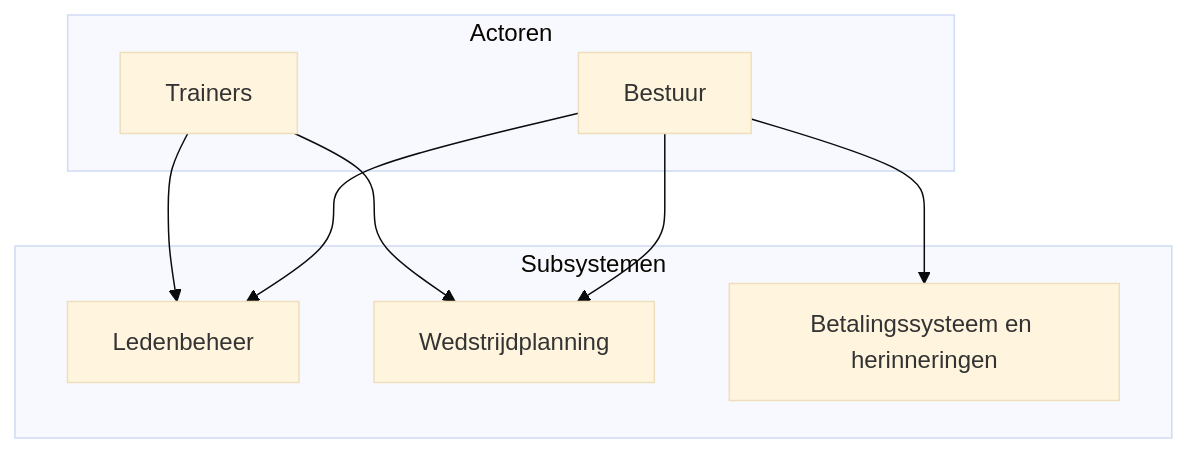
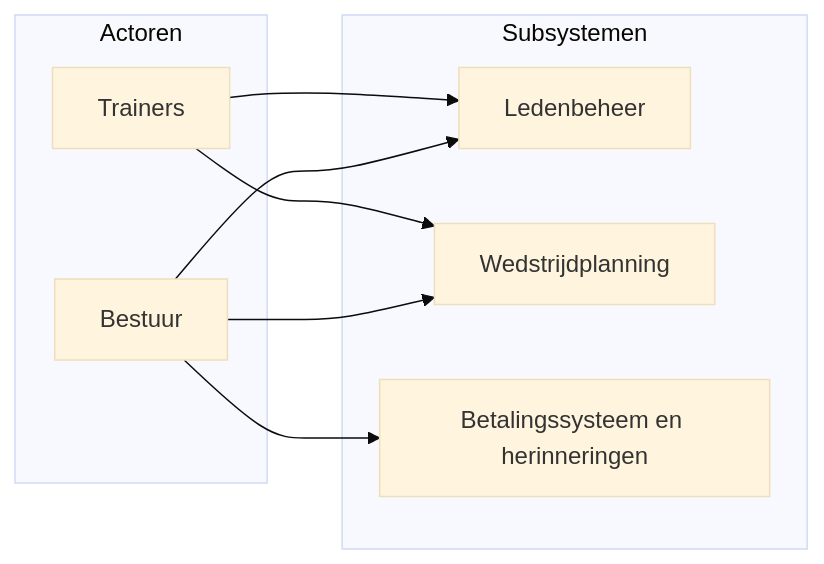
The diagram in docs/01-analyse.md (tumm0000/voetbaladministratie), drawn with Mermaid (base theme) before and after one commit. The commit also changed other lines of this file, not shown here.

First line of the commit message:
Remove context diagram and its description

````diff
--- a/docs/01-analyse.md
+++ b/docs/01-analyse.md
@@ -36,19 +36,19 @@
 ```mermaid
-flowchart TB
+flowchart LR
     subgraph actoren["Actoren"]
         Bestuur[Bestuur]
         Trainers[Trainers]
     end
 
     subgraph subsystemen["Subsystemen"]
         Ledenbeheer[Ledenbeheer]
         Wedstrijdplanning[Wedstrijdplanning]
         Betalingssysteem["Betalingssysteem en herinneringen"]
     end
 
     Bestuur --> Ledenbeheer
     Bestuur --> Wedstrijdplanning
     Bestuur --> Betalingssysteem
     Trainers --> Ledenbeheer
     Trainers --> Wedstrijdplanning
 ```
````
